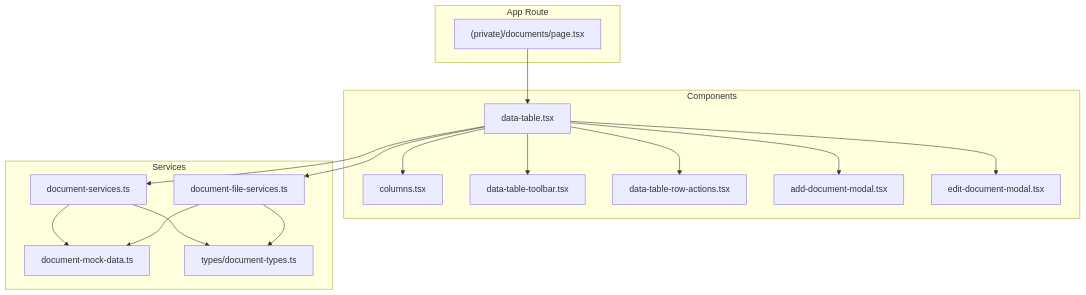
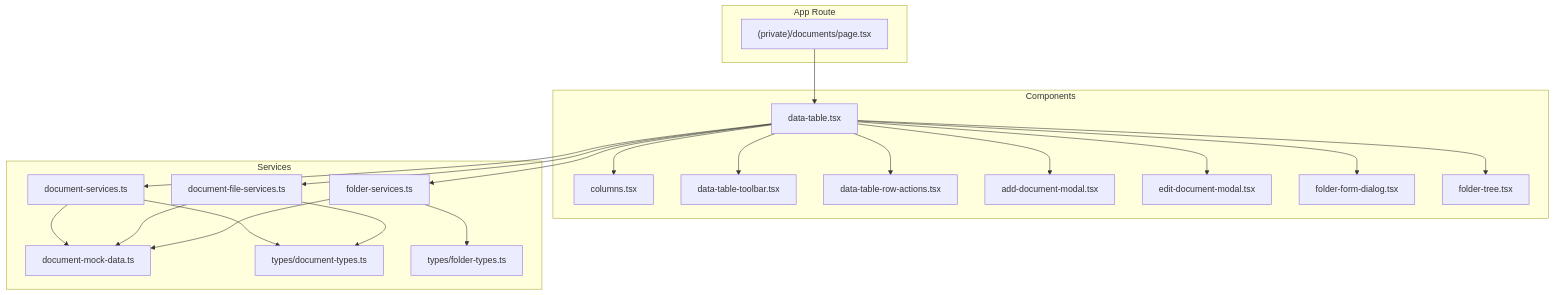
One commit to ngothanhtung/claude-code-shadcn-dashboard changed the first of 8 diagrams in .qoder/repowiki/en/content/Data Management Modules/Document Management.md. Above: the diagram before and after it, drawn with Mermaid. The commit also changed other lines of this file and 112 other files, not shown here.

````diff
--- a/.qoder/repowiki/en/content/Data Management Modules/Document Management.md
+++ b/.qoder/repowiki/en/content/Data Management Modules/Document Management.md
@@ -48,32 +53,41 @@
 ```mermaid
 graph TB
 subgraph "App Route"
 A["(private)/documents/page.tsx"]
 end
 subgraph "Components"
 B["data-table.tsx"]
 C["columns.tsx"]
 D["data-table-toolbar.tsx"]
 E["data-table-row-actions.tsx"]
 F["add-document-modal.tsx"]
 G["edit-document-modal.tsx"]
+H["folder-form-dialog.tsx"]
+I["folder-tree.tsx"]
 end
 subgraph "Services"
-H["document-services.ts"]
-I["document-file-services.ts"]
-J["document-mock-data.ts"]
-K["types/document-types.ts"]
+J["document-services.ts"]
+K["document-file-services.ts"]
+L["folder-services.ts"]
+M["document-mock-data.ts"]
+N["types/document-types.ts"]
+O["types/folder-types.ts"]
 end
 A --> B
 B --> C
 B --> D
 B --> E
 B --> F
 B --> G
 B --> H
 B --> I
-H --> J
-I --> J
-H --> K
-I --> K
+B --> J
+B --> K
+B --> L
+J --> M
+K --> M
+L --> M
+J --> N
+K --> N
+L --> O
 ```
````
